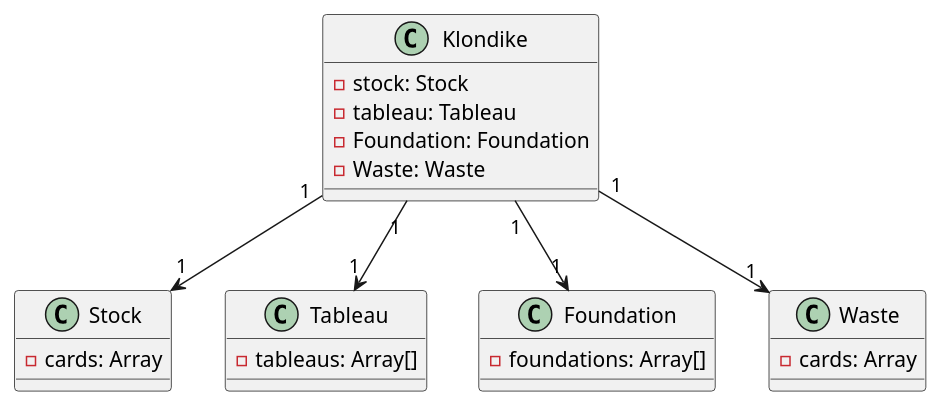
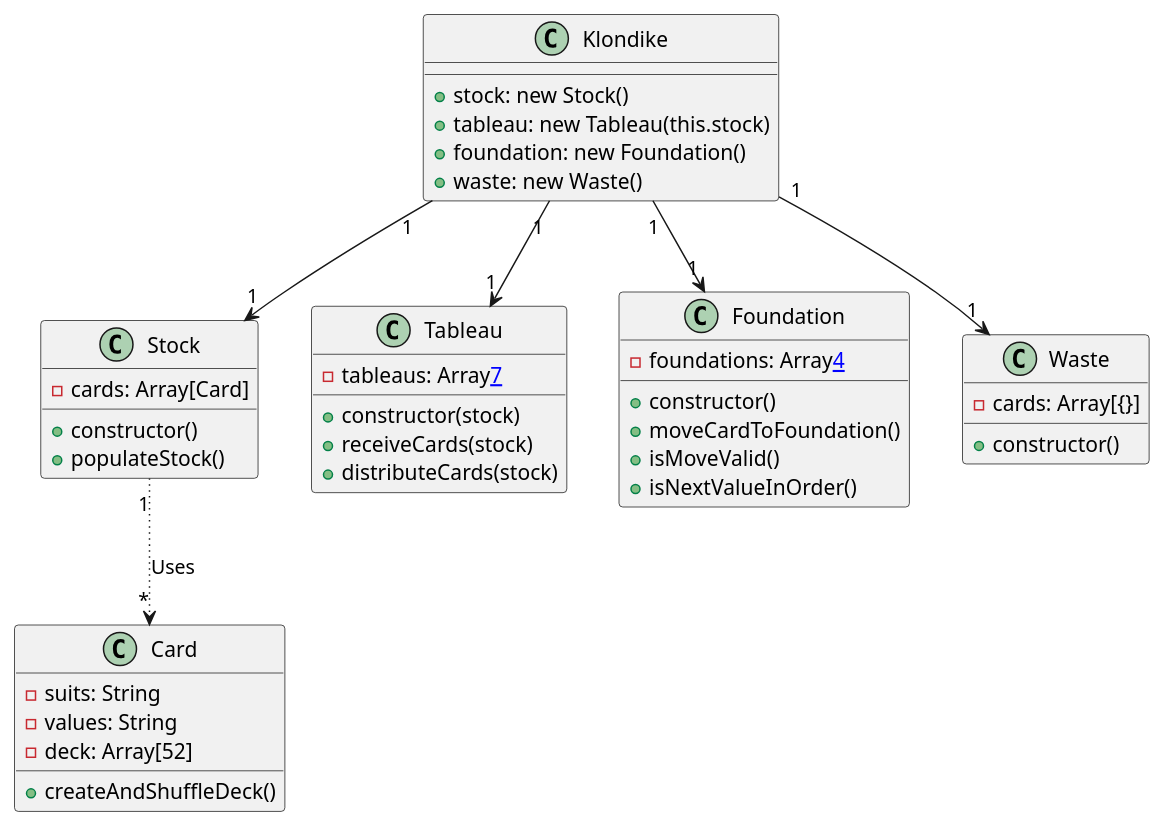
The diagram in version7/Klondikev7_1.plantuml (valleria-web/klondike), drawn with PlantUML before and after one commit. The commit also changed 4 other files, not shown here.

```diff
--- a/version7/Klondikev7_1.plantuml
+++ b/version7/Klondikev7_1.plantuml
@@ -1,31 +1,50 @@
 @startuml klondikev7,
 
+class Card {
+  - suits: String
+  - values: String
+  - deck: Array[52]
+  + createAndShuffleDeck()
+}
+
 class Klondike {
-  - stock: Stock
-  - tableau: Tableau
-  - Foundation: Foundation
-  - Waste: Waste
+  + stock: new Stock()
+  + tableau: new Tableau(this.stock)
+  + foundation: new Foundation()
+  + waste: new Waste()
 }
 
 class Stock {
-  - cards: Array
+  - cards: Array[Card]
+  + constructor()
+  + populateStock() 
 }
 
 class Tableau {
-  - tableaus: Array[]
+  - tableaus: Array[[7]]
+  + constructor(stock)
+  + receiveCards(stock) 
+  + distributeCards(stock)
 }
 
 class Foundation {
-  - foundations: Array[]
+  - foundations: Array[[4]]
+  + constructor()
+  + moveCardToFoundation()
+  + isMoveValid()
+  + isNextValueInOrder()
 }
 
 class Waste {
-  - cards: Array
+  - cards: Array[{}]
+  + constructor()
+
 }
 
+Stock "1"  -[dotted]-> "*" Card : Uses
 Klondike "1" --> "1" Stock
+Klondike "1" --> "1" Waste
+Klondike "1" --> "1" Foundation
 Klondike "1" --> "1" Tableau
-Klondike "1" --> "1" Foundation
-Klondike "1" --> "1" Waste
 
 @enduml
```
